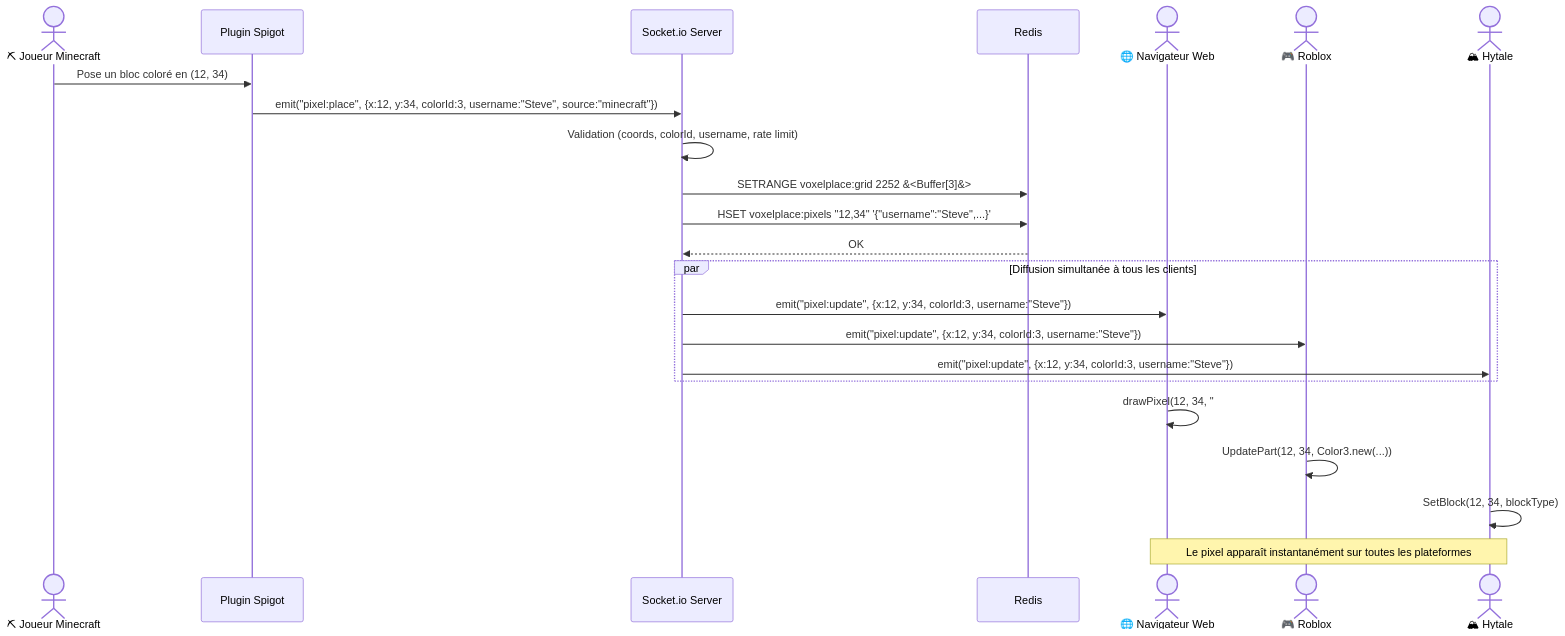
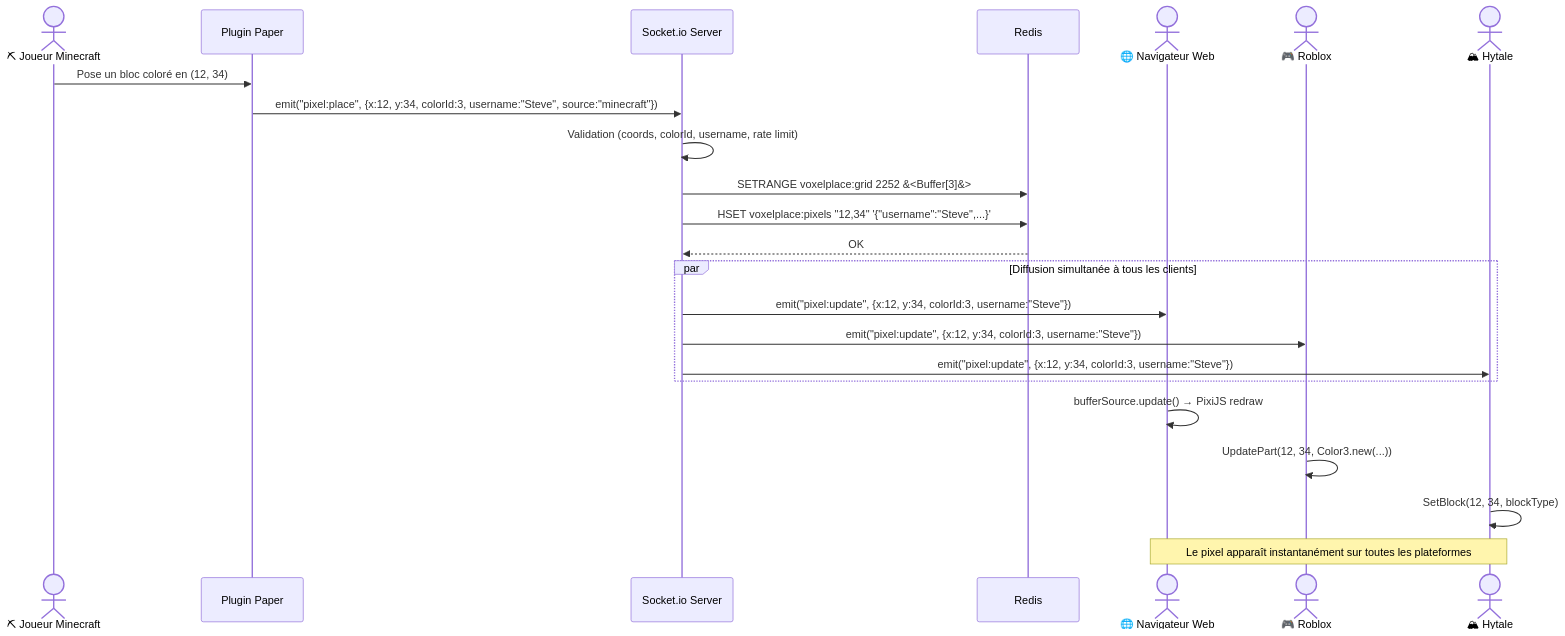
One commit to MaKSiiMe/VoxelPlace changed the second of 3 diagrams in README.md. Above: the diagram before and after it, drawn with Mermaid. The commit also changed other lines of this file and 101 other files, not shown here.

````diff
--- a/README.md
+++ b/README.md
@@ -164,29 +166,29 @@
 ```mermaid
 sequenceDiagram
     actor MC as ⛏ Joueur Minecraft
-    participant Plugin as Plugin Spigot
+    participant Plugin as Plugin Paper
     participant SIO as Socket.io Server
     participant Redis as Redis
     actor WEB as 🌐 Navigateur Web
     actor RB as 🎮 Roblox
     actor HY as 🏔 Hytale
 
     MC->>Plugin: Pose un bloc coloré en (12, 34)
     Plugin->>SIO: emit("pixel:place", {x:12, y:34, colorId:3, username:"Steve", source:"minecraft"})
     SIO->>SIO: Validation (coords, colorId, username, rate limit)
     SIO->>Redis: SETRANGE voxelplace:grid 2252 &#60;Buffer[3]&#62;
     SIO->>Redis: HSET voxelplace:pixels "12,34" '{"username":"Steve",...}'
     Redis-->>SIO: OK
 
     par Diffusion simultanée à tous les clients
         SIO->>WEB: emit("pixel:update", {x:12, y:34, colorId:3, username:"Steve"})
         SIO->>RB: emit("pixel:update", {x:12, y:34, colorId:3, username:"Steve"})
         SIO->>HY: emit("pixel:update", {x:12, y:34, colorId:3, username:"Steve"})
     end
 
-    WEB->>WEB: drawPixel(12, 34, "#00AA00")
+    WEB->>WEB: bufferSource.update() → PixiJS redraw
     RB->>RB: UpdatePart(12, 34, Color3.new(...))
     HY->>HY: SetBlock(12, 34, blockType)
 
     Note over WEB,HY: Le pixel apparaît instantanément sur toutes les plateformes
 ```
````
